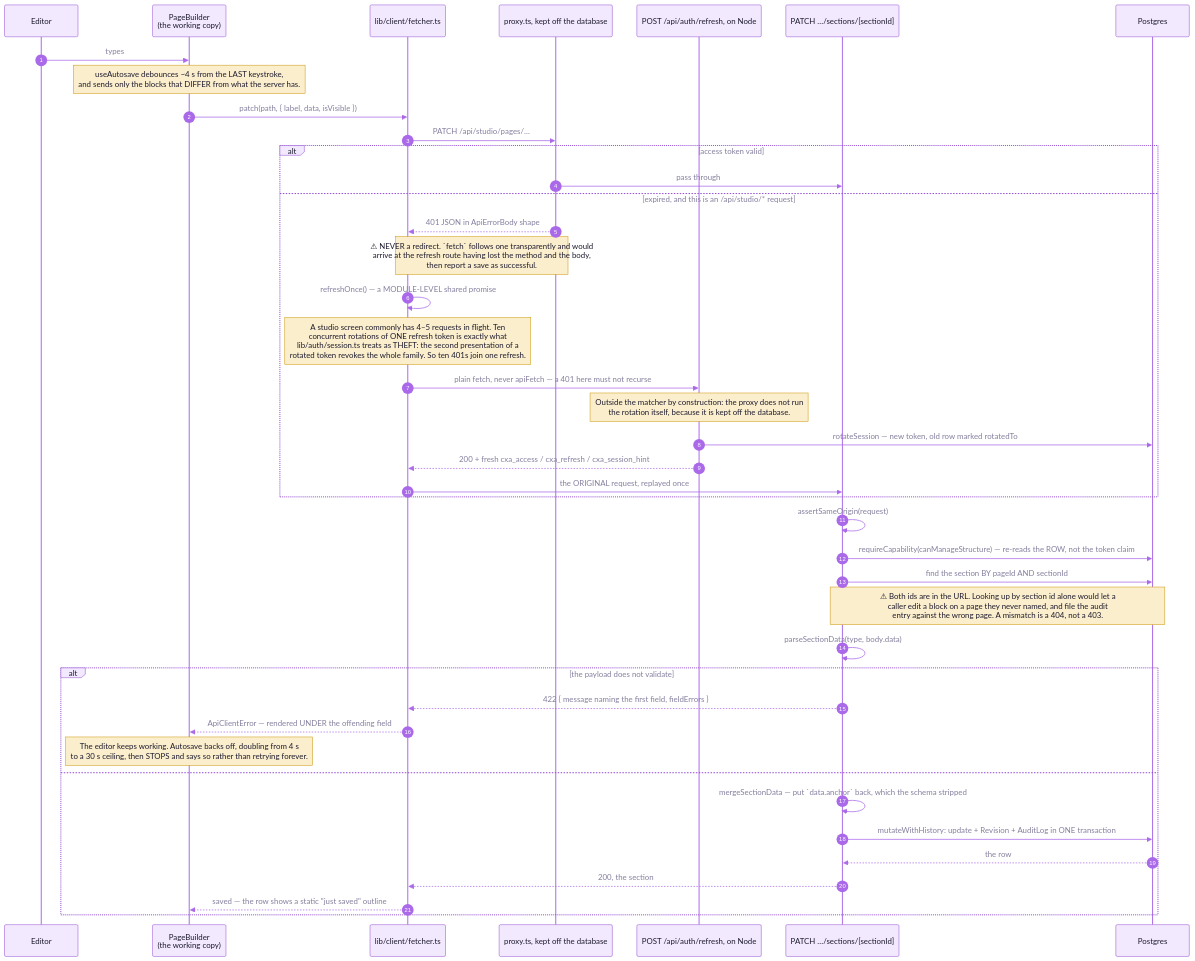
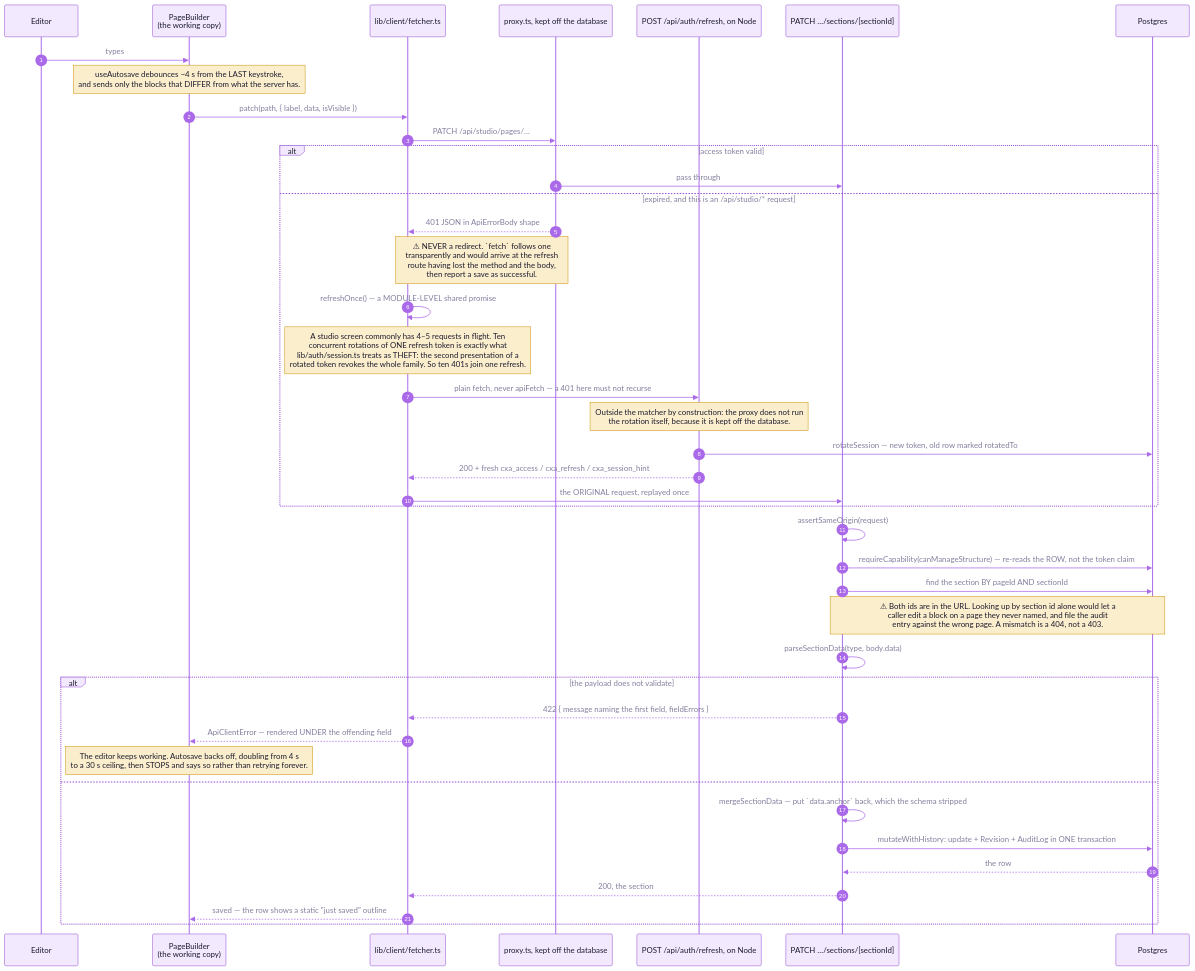
Before and after one commit to cxacraftecosystem-ui/cxa-cms: the fourth of 9 diagrams in docs/REQUEST-LIFECYCLE.md, drawn with Mermaid. The commit also changed other lines of this file and 2 other files, not shown here.

Commit message:
README check: edge labels and messages are measured against their own label box only; long sequence notes break onto shorter lines

````diff
--- a/docs/REQUEST-LIFECYCLE.md
+++ b/docs/REQUEST-LIFECYCLE.md
@@ -146,48 +146,48 @@
 ```mermaid
 %%{init: {"theme":"base","fontFamily":"Inter, ui-sans-serif, system-ui, -apple-system, Segoe UI, Roboto, Helvetica, Arial, sans-serif","themeVariables":{"fontSize":"15px","primaryColor":"#F2E9FE","primaryTextColor":"#1E1B2E","primaryBorderColor":"#9148D2","secondaryColor":"#FAEECD","secondaryTextColor":"#1E1B2E","secondaryBorderColor":"#CD9200","tertiaryColor":"#F3F1FA","tertiaryTextColor":"#1E1B2E","tertiaryBorderColor":"#A7A3BC","mainBkg":"#F2E9FE","nodeBorder":"#9148D2","nodeTextColor":"#1E1B2E","lineColor":"#AA69E9","textColor":"#857F9E","edgeLabelBackground":"#F9F5FF","clusterBkg":"#F9F5FF","clusterBorder":"#D6B6FB","titleColor":"#762CB1","noteBkgColor":"#FAEECD","noteTextColor":"#1E1B2E","noteBorderColor":"#CD9200","actorBkg":"#F2E9FE","actorBorder":"#9148D2","actorTextColor":"#1E1B2E","actorLineColor":"#AA69E9","signalColor":"#AA69E9","signalTextColor":"#857F9E","labelBoxBkgColor":"#F2E9FE","labelBoxBorderColor":"#9148D2","labelTextColor":"#1E1B2E","loopTextColor":"#857F9E","activationBkgColor":"#E7D5FE","activationBorderColor":"#9148D2","sequenceNumberColor":"#FFFFFF","transitionColor":"#AA69E9","transitionLabelColor":"#857F9E","stateLabelColor":"#1E1B2E","stateBkg":"#F2E9FE","compositeBackground":"#F9F5FF","compositeTitleBackground":"#F2E9FE","attributeBackgroundColorOdd":"#FFFFFF","attributeBackgroundColorEven":"#F9F5FF","relationColor":"#AA69E9","relationLabelBackground":"#F9F5FF","relationLabelColor":"#1E1B2E"}}}%%
 sequenceDiagram
     autonumber
     participant U as Editor
     participant PB as PageBuilder<br/>(the working copy)
     participant F as lib/client/fetcher.ts
     participant MW as proxy.ts, kept off the database
     participant RF as POST /api/auth/refresh, on Node
     participant H as PATCH …/sections/[sectionId]
     participant P as Postgres
 
     U->>PB: types
     Note over PB: useAutosave debounces ~4 s from the LAST keystroke,<br/>and sends only the blocks that DIFFER from what the server has.
     PB->>F: patch(path, { label, data, isVisible })
     F->>MW: PATCH /api/studio/pages/…
 
     alt access token valid
         MW->>H: pass through
     else expired, and this is an /api/studio/* request
         MW-->>F: 401 JSON in ApiErrorBody shape
-        Note over MW,F: ⚠ NEVER a redirect. `fetch` follows one transparently and would<br/>arrive at the refresh route having lost the method and the body,<br/>then report a save as successful.
+        Note over MW,F: ⚠ NEVER a redirect. `fetch` follows one<br/>transparently and would arrive at the refresh<br/>route having lost the method and the body,<br/>then report a save as successful.
         F->>F: refreshOnce() — a MODULE-LEVEL shared promise
         Note over F: A studio screen commonly has 4–5 requests in flight. Ten<br/>concurrent rotations of ONE refresh token is exactly what<br/>lib/auth/session.ts treats as THEFT: the second presentation of a<br/>rotated token revokes the whole family. So ten 401s join one refresh.
         F->>RF: plain fetch, never apiFetch — a 401 here must not recurse
         Note over RF: Outside the matcher by construction: the proxy does not run<br/>the rotation itself, because it is kept off the database.
         RF->>P: rotateSession — new token, old row marked rotatedTo
         RF-->>F: 200 + fresh cxa_access / cxa_refresh / cxa_session_hint
         F->>H: the ORIGINAL request, replayed once
     end
 
     H->>H: assertSameOrigin(request)
     H->>P: requireCapability(canManageStructure) — re-reads the ROW, not the token claim
     H->>P: find the section BY pageId AND sectionId
     Note over H,P: ⚠ Both ids are in the URL. Looking up by section id alone would let a<br/>caller edit a block on a page they never named, and file the audit<br/>entry against the wrong page. A mismatch is a 404, not a 403.
     H->>H: parseSectionData(type, body.data)
     alt the payload does not validate
         H-->>F: 422 { message naming the first field, fieldErrors }
         F-->>PB: ApiClientError — rendered UNDER the offending field
         Note over PB: The editor keeps working. Autosave backs off, doubling from 4 s<br/>to a 30 s ceiling, then STOPS and says so rather than retrying forever.
     else
         H->>H: mergeSectionData — put `data.anchor` back, which the schema stripped
         H->>P: mutateWithHistory: update + Revision + AuditLog in ONE transaction
         P-->>H: the row
         H-->>F: 200, the section
         F-->>PB: saved — the row shows a static "just saved" outline
     end
 ```
````
